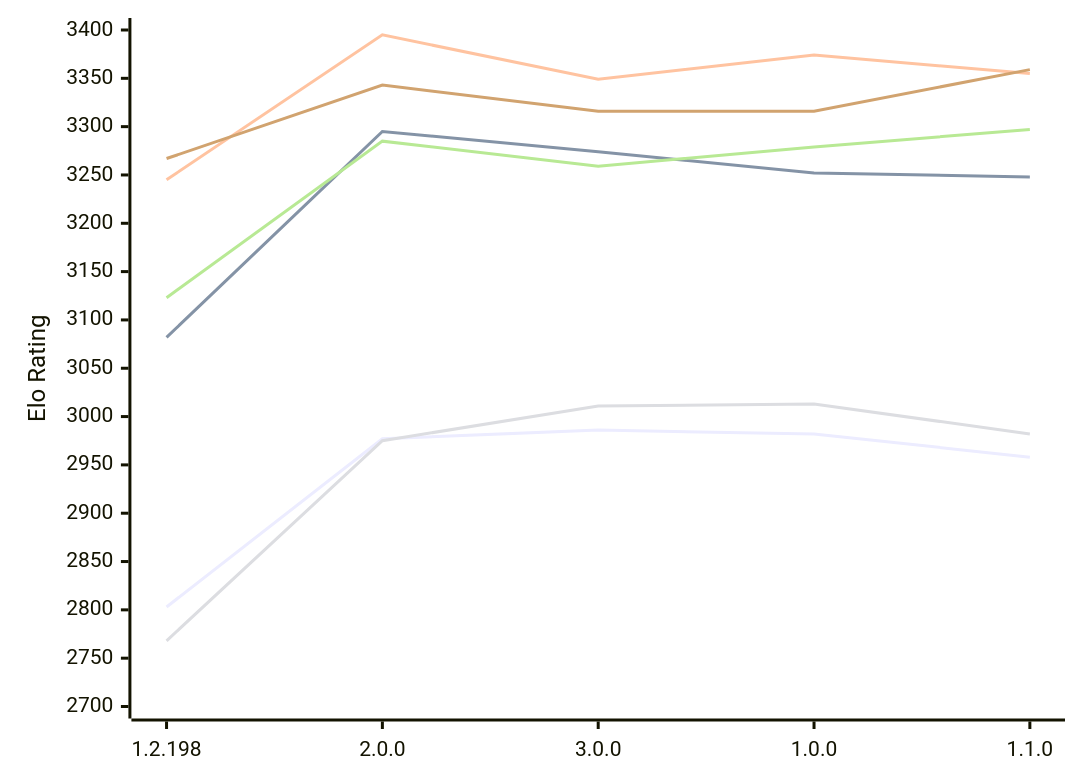
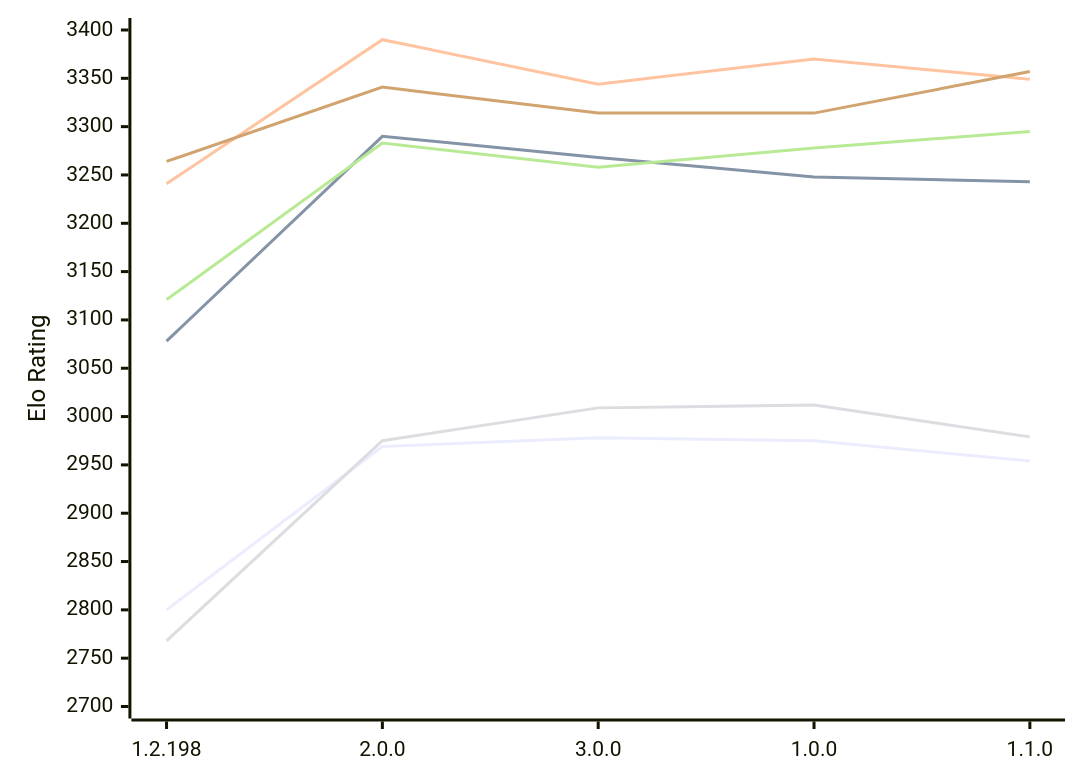
Before and after one commit to computer-chess-index/cci: the diagram in engines/Trebuchet.md, drawn with Mermaid. The commit also changed other lines of this file, not shown here.

Commit message:
Update CCI Ratings (ELO VLTC) - 2026-11-26

````diff
--- a/engines/Trebuchet.md
+++ b/engines/Trebuchet.md
@@ -55,12 +55,12 @@
 ```mermaid
 %%{init: {"theme":"base","themeVariables":{"seriesColors:['#a3a3a3','#222221','#faa371']}}}%%
 xychart-beta
   x-axis ["1.2.198", "2.0.0", "3.0.0", "1.0.0", "1.1.0"]
   y-axis "Elo Rating" 2700 --> 3400
-  line "E1: STC (8.0+0.08s)" [2803, 2977, 2986, 2982, 2958]
-  line "E1: LTC (60.0+0.60s)" [3082, 3295, 3274, 3252, 3248]
-  line "E1: VLTC (2m24s+1.12s)" [3245, 3395, 3349, 3374, 3355]
-  line "P1: STC (8.0+0.08s)" [2768, 2975, 3011, 3013, 2982]
-  line "P1: LTC (60.0+0.60s)" [3123, 3285, 3259, 3279, 3297]
-  line "P1: VLTC (2m24s+1.12s)" [3267, 3343, 3316, 3316, 3359]
+  line "E1: STC (8.0+0.08s)" [2800, 2969, 2978, 2975, 2954]
+  line "E1: LTC (60.0+0.60s)" [3078, 3290, 3268, 3248, 3243]
+  line "E1: VLTC (2m24s+1.12s)" [3241, 3390, 3344, 3370, 3349]
+  line "P1: STC (8.0+0.08s)" [2768, 2975, 3009, 3012, 2979]
+  line "P1: LTC (60.0+0.60s)" [3121, 3283, 3258, 3278, 3295]
+  line "P1: VLTC (2m24s+1.12s)" [3264, 3341, 3314, 3314, 3357]
 ```
````
